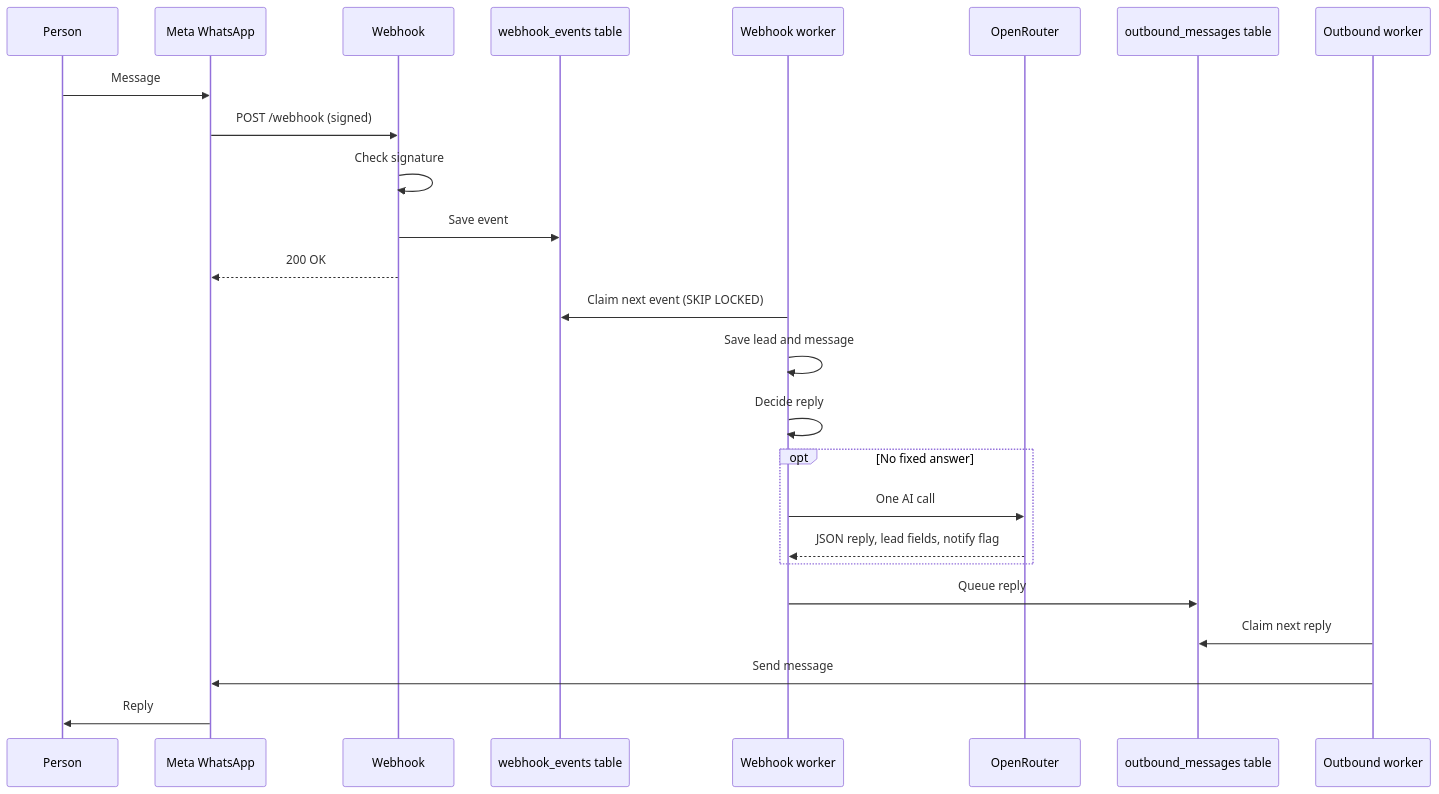
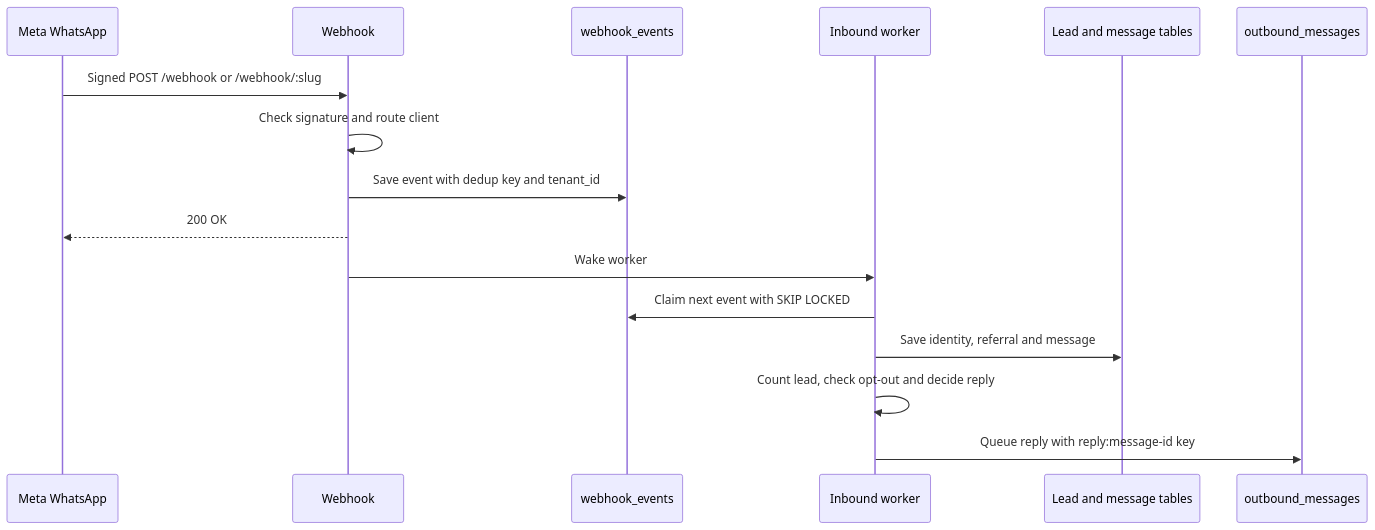
One commit to kaamilstudiesig/GKF-WA changed the fourth of 15 diagrams in docs/SYSTEM_MAP.md. Above: the diagram before and after it, drawn with Mermaid. The commit also changed other lines of this file, not shown here.

````diff
--- a/docs/SYSTEM_MAP.md
+++ b/docs/SYSTEM_MAP.md
@@ -88,27 +109,18 @@
 ```mermaid
 sequenceDiagram
-  participant P as Person
   participant M as Meta WhatsApp
   participant W as Webhook
-  participant Q as webhook_events table
-  participant K as Webhook worker
-  participant A as OpenRouter
-  participant O as outbound_messages table
-  participant S as Outbound worker
-  P->>M: Message
-  M->>W: POST /webhook (signed)
-  W->>W: Check signature
-  W->>Q: Save event
+  participant Q as webhook_events
+  participant K as Inbound worker
+  participant D as Lead and message tables
+  participant O as outbound_messages
+  M->>W: Signed POST /webhook or /webhook/:slug
+  W->>W: Check signature and route client
+  W->>Q: Save event with dedup key and tenant_id
   W-->>M: 200 OK
-  K->>Q: Claim next event (SKIP LOCKED)
-  K->>K: Save lead and message
-  K->>K: Decide reply
-  opt No fixed answer
-    K->>A: One AI call
-    A-->>K: JSON reply, lead fields, notify flag
-  end
-  K->>O: Queue reply
-  S->>O: Claim next reply
-  S->>M: Send message
-  M->>P: Reply
+  W->>K: Wake worker
+  K->>Q: Claim next event with SKIP LOCKED
+  K->>D: Save identity, referral and message
+  K->>K: Count lead, check opt-out and decide reply
+  K->>O: Queue reply with reply:message-id key
 ```
````
